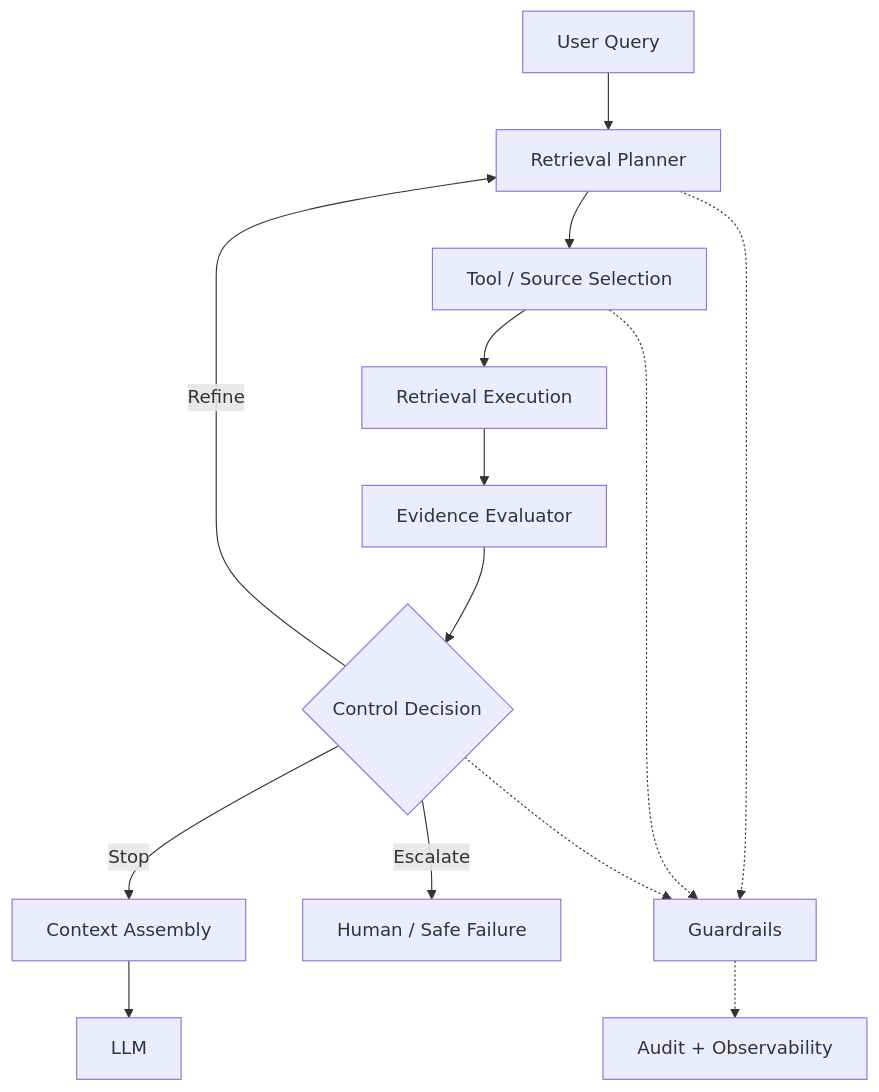
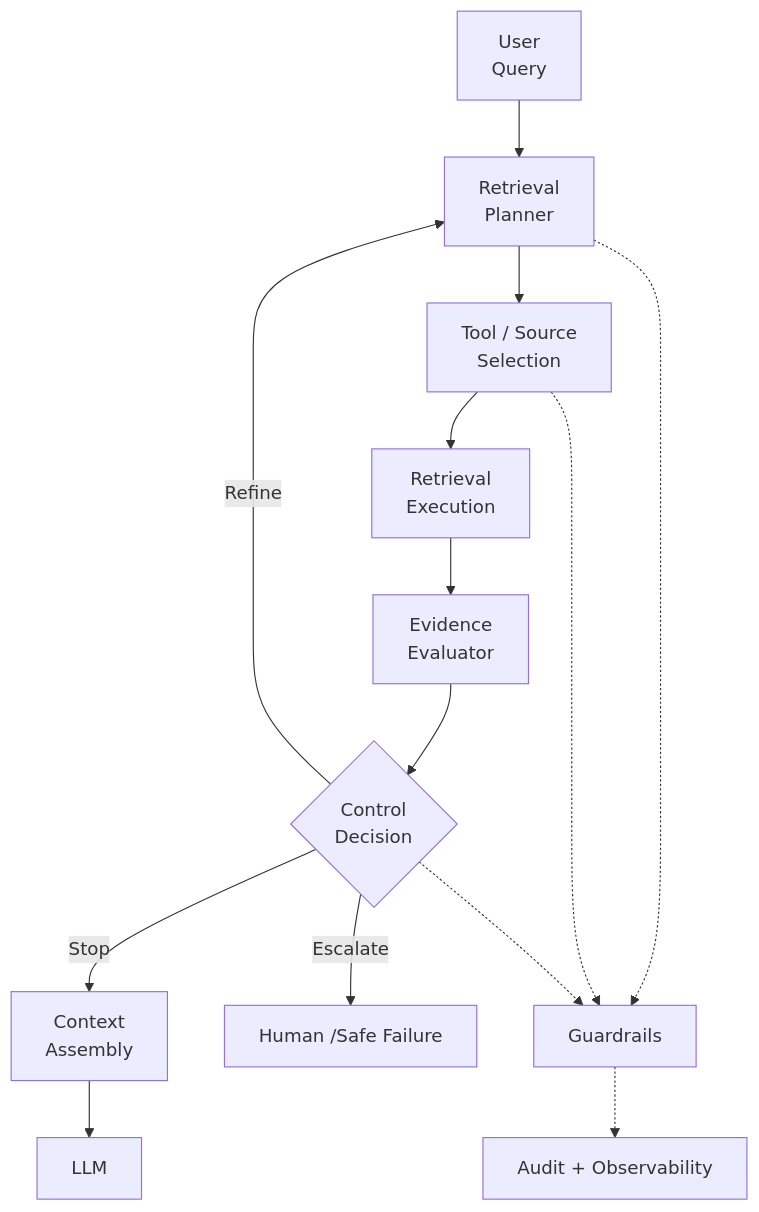
One commit to MihirKJha/enterprise-ai-blog changed the sixth of 6 diagrams in docs/architecture-insights/genai-and-rag/3.7_architecting_agentic_retrieval_planning_evidence_control.md. Above: the diagram before and after it, drawn with Mermaid. The commit also changed other lines of this file, not shown here.

````diff
--- a/docs/architecture-insights/genai-and-rag/3.7_architecting_agentic_retrieval_planning_evidence_control.md
+++ b/docs/architecture-insights/genai-and-rag/3.7_architecting_agentic_retrieval_planning_evidence_control.md
@@ -483,21 +483,21 @@
 ```mermaid
 flowchart TD
-    U[User Query] --> P[Retrieval Planner]
+    U[User<br/>Query] --> P[Retrieval<br/>Planner]
 
-    P --> T[Tool / Source Selection]
-    T --> R[Retrieval Execution]
-    R --> E[Evidence Evaluator]
-    E --> C{Control Decision}
+    P --> T[Tool / Source<br/>Selection]
+    T --> R[Retrieval<br/>Execution]
+    R --> E[Evidence<br/>Evaluator]
+    E --> C{Control<br/>Decision}
 
     C -->|Refine| P
-    C -->|Stop| X[Context Assembly]
-    C -->|Escalate| H[Human / Safe Failure]
+    C -->|Stop| X[Context<br/>Assembly]
+    C -->|Escalate| H[Human /Safe Failure]
 
     X --> L[LLM]
 
     P -.-> G[Guardrails]
     T -.-> G
     C -.-> G
 
     G -.-> O[Audit + Observability]
 ```
````
